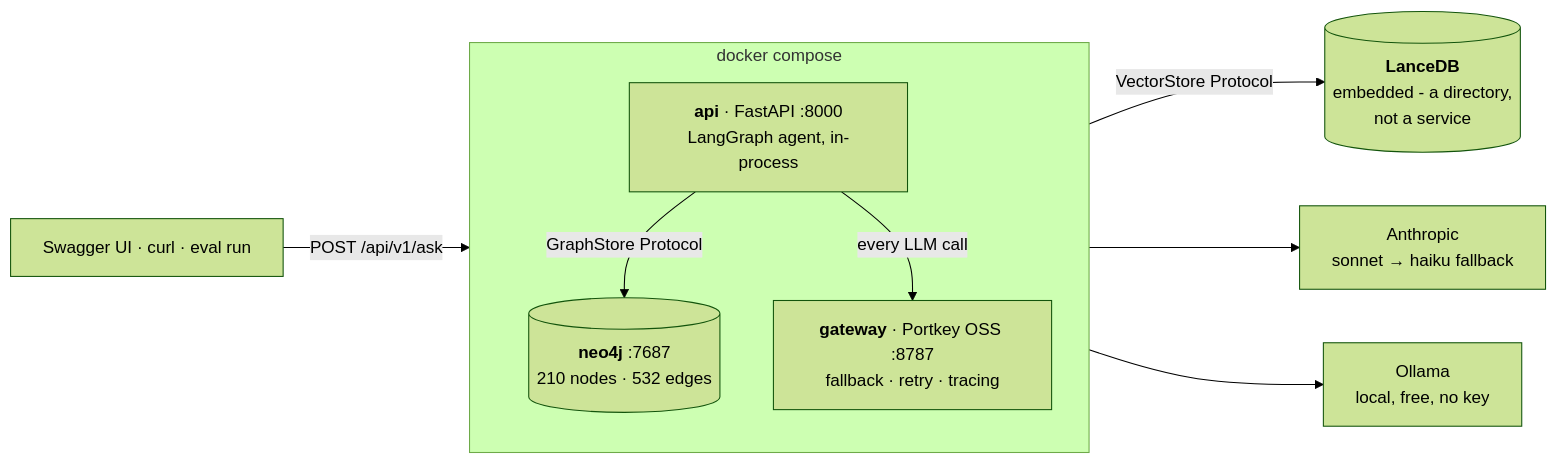
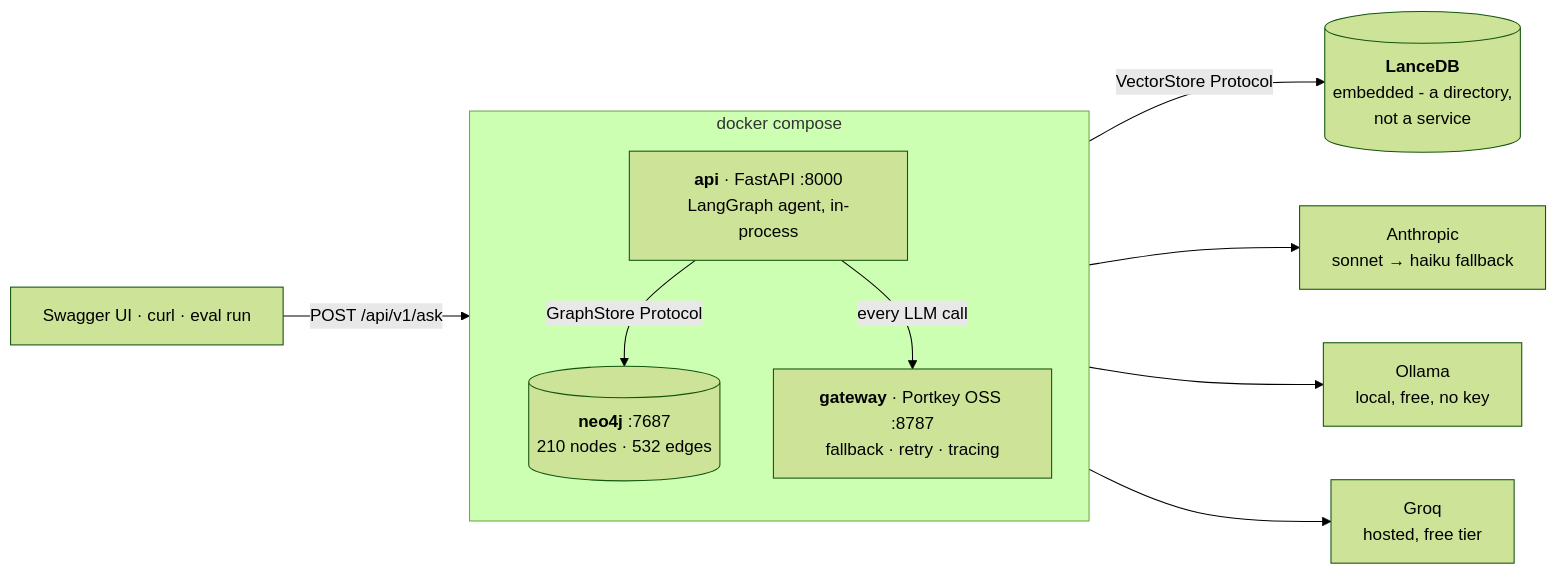
One commit to efeboyacim/agrirag-graphrag changed the first of 2 diagrams in README.md. Above: the diagram before and after it, drawn with Mermaid (forest theme). The commit also changed other lines of this file and 4 other files, not shown here.

````diff
--- a/README.md
+++ b/README.md
@@ -16,20 +16,21 @@
 ```mermaid
 flowchart LR
     C["Swagger UI · curl · eval run"]
     C -->|"POST /api/v1/ask"| API
 
     subgraph D["docker compose"]
       direction TB
       API["<b>api</b> · FastAPI :8000<br/>LangGraph agent, in-process"]
       GW["<b>gateway</b> · Portkey OSS :8787<br/>fallback · retry · tracing"]
       NEO[("<b>neo4j</b> :7687<br/>210 nodes · 532 edges")]
     end
 
     LDB[("<b>LanceDB</b><br/>embedded - a directory,<br/>not a service")]
 
     API -->|"GraphStore Protocol"| NEO
     API -->|"VectorStore Protocol"| LDB
     API -->|"every LLM call"| GW
     GW --> ANT["Anthropic<br/>sonnet &rarr; haiku fallback"]
     GW --> OLL["Ollama<br/>local, free, no key"]
+    GW --> GRQ["Groq<br/>hosted, free tier"]
 ```
````
